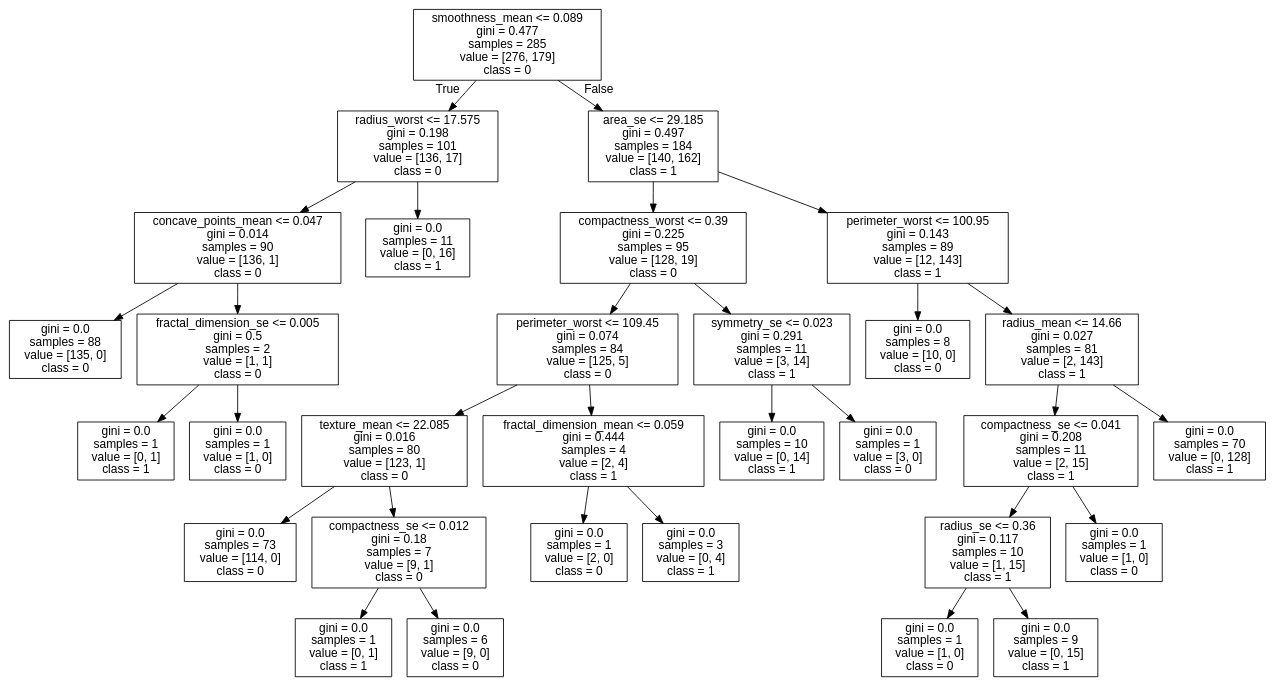
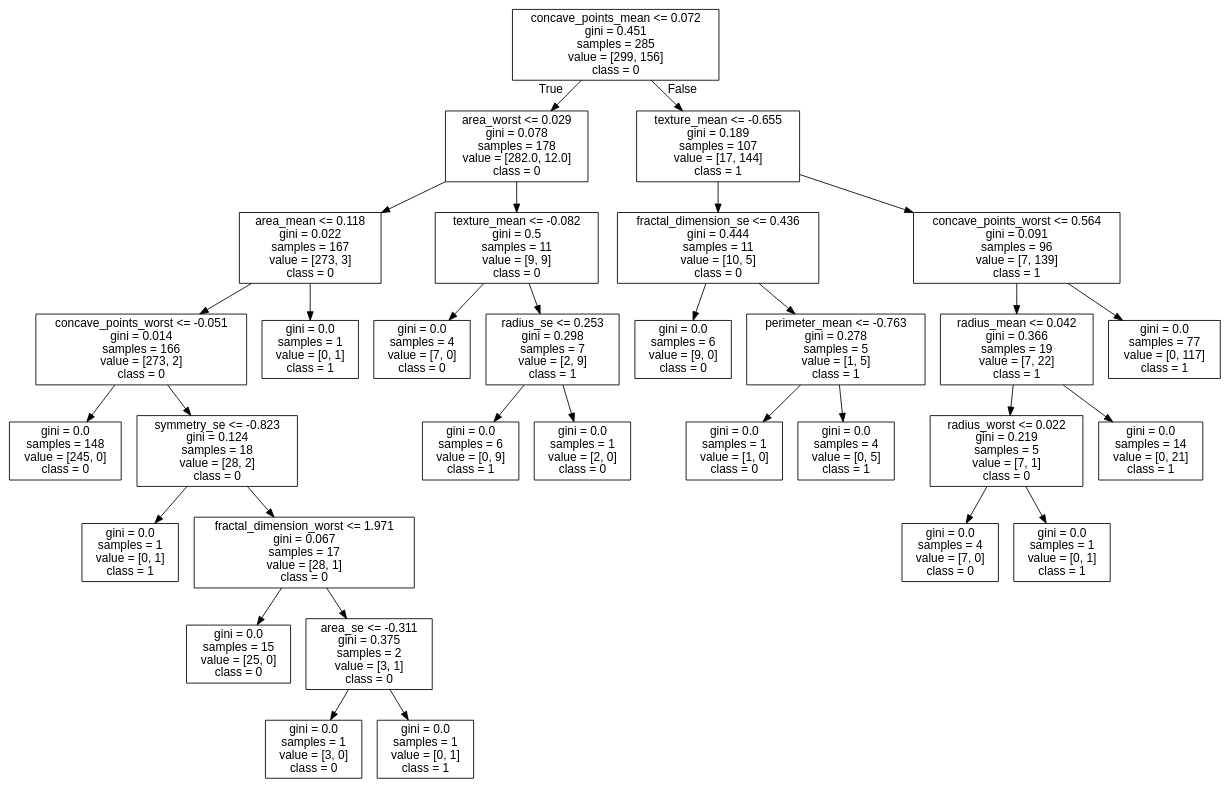
The diagram in data/cancer/tree.dot (cyrilvincent/mlops), drawn with Graphviz before and after one commit. The commit also changed 2 other files, not shown here.

```diff
--- a/data/cancer/tree.dot
+++ b/data/cancer/tree.dot
@@ -1,65 +1,65 @@
 digraph Tree {
 node [shape=box, fontname="helvetica"] ;
 edge [fontname="helvetica"] ;
-0 [label="smoothness_mean <= 0.089\ngini = 0.477\nsamples = 285\nvalue = [276, 179]\nclass = 0"] ;
-1 [label="radius_worst <= 17.575\ngini = 0.198\nsamples = 101\nvalue = [136, 17]\nclass = 0"] ;
+0 [label="concave_points_mean <= 0.072\ngini = 0.451\nsamples = 285\nvalue = [299, 156]\nclass = 0"] ;
+1 [label="area_worst <= 0.029\ngini = 0.078\nsamples = 178\nvalue = [282.0, 12.0]\nclass = 0"] ;
 0 -> 1 [labeldistance=2.5, labelangle=45, headlabel="True"] ;
-2 [label="concave_points_mean <= 0.047\ngini = 0.014\nsamples = 90\nvalue = [136, 1]\nclass = 0"] ;
+2 [label="area_mean <= 0.118\ngini = 0.022\nsamples = 167\nvalue = [273, 3]\nclass = 0"] ;
 1 -> 2 ;
-3 [label="gini = 0.0\nsamples = 88\nvalue = [135, 0]\nclass = 0"] ;
+3 [label="concave_points_worst <= -0.051\ngini = 0.014\nsamples = 166\nvalue = [273, 2]\nclass = 0"] ;
 2 -> 3 ;
-4 [label="fractal_dimension_se <= 0.005\ngini = 0.5\nsamples = 2\nvalue = [1, 1]\nclass = 0"] ;
-2 -> 4 ;
-5 [label="gini = 0.0\nsamples = 1\nvalue = [0, 1]\nclass = 1"] ;
-4 -> 5 ;
-6 [label="gini = 0.0\nsamples = 1\nvalue = [1, 0]\nclass = 0"] ;
-4 -> 6 ;
-7 [label="gini = 0.0\nsamples = 11\nvalue = [0, 16]\nclass = 1"] ;
-1 -> 7 ;
-8 [label="area_se <= 29.185\ngini = 0.497\nsamples = 184\nvalue = [140, 162]\nclass = 1"] ;
-0 -> 8 [labeldistance=2.5, labelangle=-45, headlabel="False"] ;
-9 [label="compactness_worst <= 0.39\ngini = 0.225\nsamples = 95\nvalue = [128, 19]\nclass = 0"] ;
-8 -> 9 ;
-10 [label="perimeter_worst <= 109.45\ngini = 0.074\nsamples = 84\nvalue = [125, 5]\nclass = 0"] ;
+4 [label="gini = 0.0\nsamples = 148\nvalue = [245, 0]\nclass = 0"] ;
+3 -> 4 ;
+5 [label="symmetry_se <= -0.823\ngini = 0.124\nsamples = 18\nvalue = [28, 2]\nclass = 0"] ;
+3 -> 5 ;
+6 [label="gini = 0.0\nsamples = 1\nvalue = [0, 1]\nclass = 1"] ;
+5 -> 6 ;
+7 [label="fractal_dimension_worst <= 1.971\ngini = 0.067\nsamples = 17\nvalue = [28, 1]\nclass = 0"] ;
+5 -> 7 ;
+8 [label="gini = 0.0\nsamples = 15\nvalue = [25, 0]\nclass = 0"] ;
+7 -> 8 ;
+9 [label="area_se <= -0.311\ngini = 0.375\nsamples = 2\nvalue = [3, 1]\nclass = 0"] ;
+7 -> 9 ;
+10 [label="gini = 0.0\nsamples = 1\nvalue = [3, 0]\nclass = 0"] ;
 9 -> 10 ;
-11 [label="texture_mean <= 22.085\ngini = 0.016\nsamples = 80\nvalue = [123, 1]\nclass = 0"] ;
-10 -> 11 ;
-12 [label="gini = 0.0\nsamples = 73\nvalue = [114, 0]\nclass = 0"] ;
-11 -> 12 ;
-13 [label="compactness_se <= 0.012\ngini = 0.18\nsamples = 7\nvalue = [9, 1]\nclass = 0"] ;
-11 -> 13 ;
-14 [label="gini = 0.0\nsamples = 1\nvalue = [0, 1]\nclass = 1"] ;
+11 [label="gini = 0.0\nsamples = 1\nvalue = [0, 1]\nclass = 1"] ;
+9 -> 11 ;
+12 [label="gini = 0.0\nsamples = 1\nvalue = [0, 1]\nclass = 1"] ;
+2 -> 12 ;
+13 [label="texture_mean <= -0.082\ngini = 0.5\nsamples = 11\nvalue = [9, 9]\nclass = 0"] ;
+1 -> 13 ;
+14 [label="gini = 0.0\nsamples = 4\nvalue = [7, 0]\nclass = 0"] ;
 13 -> 14 ;
-15 [label="gini = 0.0\nsamples = 6\nvalue = [9, 0]\nclass = 0"] ;
+15 [label="radius_se <= 0.253\ngini = 0.298\nsamples = 7\nvalue = [2, 9]\nclass = 1"] ;
 13 -> 15 ;
-16 [label="fractal_dimension_mean <= 0.059\ngini = 0.444\nsamples = 4\nvalue = [2, 4]\nclass = 1"] ;
-10 -> 16 ;
+16 [label="gini = 0.0\nsamples = 6\nvalue = [0, 9]\nclass = 1"] ;
+15 -> 16 ;
 17 [label="gini = 0.0\nsamples = 1\nvalue = [2, 0]\nclass = 0"] ;
-16 -> 17 ;
-18 [label="gini = 0.0\nsamples = 3\nvalue = [0, 4]\nclass = 1"] ;
-16 -> 18 ;
-19 [label="symmetry_se <= 0.023\ngini = 0.291\nsamples = 11\nvalue = [3, 14]\nclass = 1"] ;
-9 -> 19 ;
-20 [label="gini = 0.0\nsamples = 10\nvalue = [0, 14]\nclass = 1"] ;
+15 -> 17 ;
+18 [label="texture_mean <= -0.655\ngini = 0.189\nsamples = 107\nvalue = [17, 144]\nclass = 1"] ;
+0 -> 18 [labeldistance=2.5, labelangle=-45, headlabel="False"] ;
+19 [label="fractal_dimension_se <= 0.436\ngini = 0.444\nsamples = 11\nvalue = [10, 5]\nclass = 0"] ;
+18 -> 19 ;
+20 [label="gini = 0.0\nsamples = 6\nvalue = [9, 0]\nclass = 0"] ;
 19 -> 20 ;
-21 [label="gini = 0.0\nsamples = 1\nvalue = [3, 0]\nclass = 0"] ;
+21 [label="perimeter_mean <= -0.763\ngini = 0.278\nsamples = 5\nvalue = [1, 5]\nclass = 1"] ;
 19 -> 21 ;
-22 [label="perimeter_worst <= 100.95\ngini = 0.143\nsamples = 89\nvalue = [12, 143]\nclass = 1"] ;
-8 -> 22 ;
-23 [label="gini = 0.0\nsamples = 8\nvalue = [10, 0]\nclass = 0"] ;
-22 -> 23 ;
-24 [label="radius_mean <= 14.66\ngini = 0.027\nsamples = 81\nvalue = [2, 143]\nclass = 1"] ;
-22 -> 24 ;
-25 [label="compactness_se <= 0.041\ngini = 0.208\nsamples = 11\nvalue = [2, 15]\nclass = 1"] ;
+22 [label="gini = 0.0\nsamples = 1\nvalue = [1, 0]\nclass = 0"] ;
+21 -> 22 ;
+23 [label="gini = 0.0\nsamples = 4\nvalue = [0, 5]\nclass = 1"] ;
+21 -> 23 ;
+24 [label="concave_points_worst <= 0.564\ngini = 0.091\nsamples = 96\nvalue = [7, 139]\nclass = 1"] ;
+18 -> 24 ;
+25 [label="radius_mean <= 0.042\ngini = 0.366\nsamples = 19\nvalue = [7, 22]\nclass = 1"] ;
 24 -> 25 ;
-26 [label="radius_se <= 0.36\ngini = 0.117\nsamples = 10\nvalue = [1, 15]\nclass = 1"] ;
+26 [label="radius_worst <= 0.022\ngini = 0.219\nsamples = 5\nvalue = [7, 1]\nclass = 0"] ;
 25 -> 26 ;
-27 [label="gini = 0.0\nsamples = 1\nvalue = [1, 0]\nclass = 0"] ;
+27 [label="gini = 0.0\nsamples = 4\nvalue = [7, 0]\nclass = 0"] ;
 26 -> 27 ;
-28 [label="gini = 0.0\nsamples = 9\nvalue = [0, 15]\nclass = 1"] ;
+28 [label="gini = 0.0\nsamples = 1\nvalue = [0, 1]\nclass = 1"] ;
 26 -> 28 ;
-29 [label="gini = 0.0\nsamples = 1\nvalue = [1, 0]\nclass = 0"] ;
+29 [label="gini = 0.0\nsamples = 14\nvalue = [0, 21]\nclass = 1"] ;
 25 -> 29 ;
-30 [label="gini = 0.0\nsamples = 70\nvalue = [0, 128]\nclass = 1"] ;
+30 [label="gini = 0.0\nsamples = 77\nvalue = [0, 117]\nclass = 1"] ;
 24 -> 30 ;
 }
```
